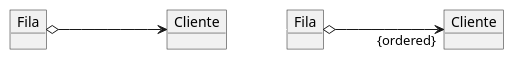
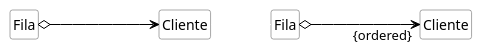
One commit to kyriosdata/oo changed the diagram in imagens/modelos-07/mod07ima12/mod07ima12.plantuml. Above: the diagram before and after it, drawn with PlantUML. The commit also changed 4 other files, not shown here.

```diff
--- a/imagens/modelos-07/mod07ima12/mod07ima12.plantuml
+++ b/imagens/modelos-07/mod07ima12/mod07ima12.plantuml
@@ -1,10 +1,19 @@
 @startuml mod07ima12
-object "Fila" as fi
-object "Cliente" as cl
-object "Fila" as fi2
-object "Cliente" as cl2
+hide circle
+hide methods
+hide empty members
+
+skinparam class {
+    BackgroundColor White
+    ArrowColor Black
+    BorderColor #505050
+}
+class "Fila" as fi
+class "Cliente" as cl
+class "Fila" as fi2
+class "Cliente" as cl2
 left to right direction
 fi o---> cl
 cl -[#white]- fi2
 fi2 o--->"{ordered}" cl2
 @enduml
```
